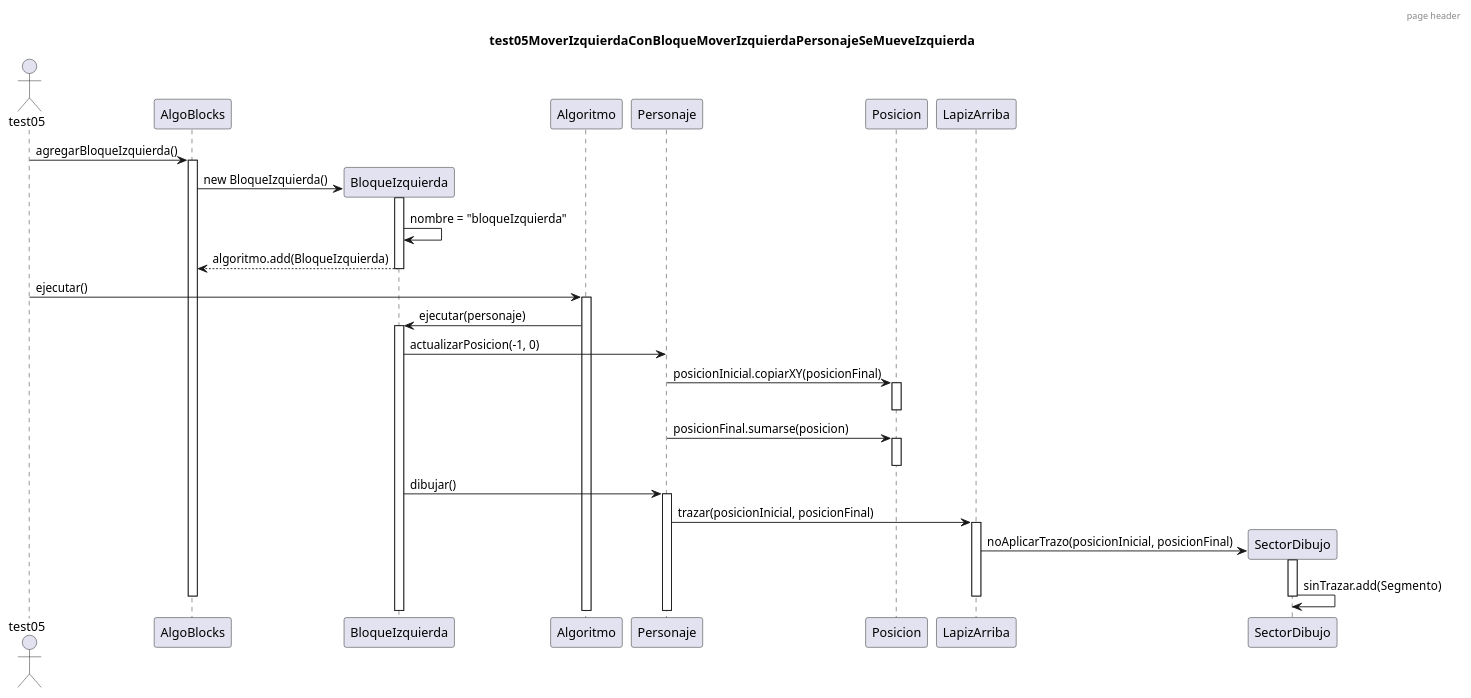
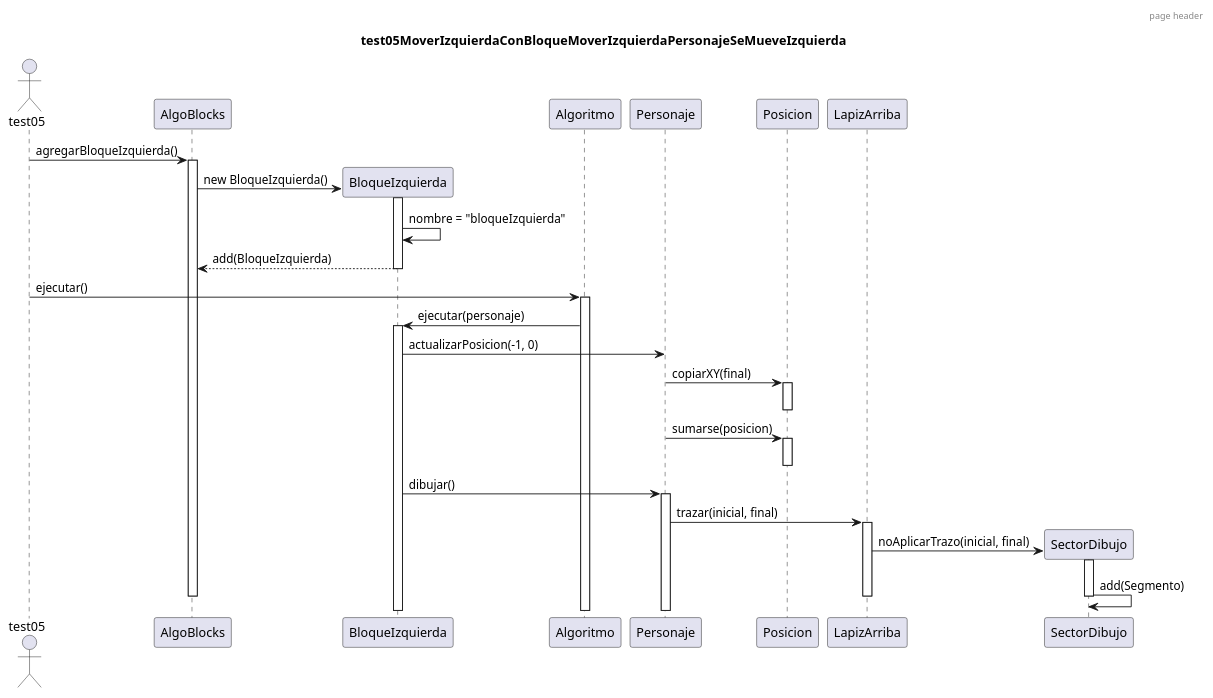
Before and after one commit to trinibucc/TP2-AlgoBlocks: the diagram in Diagramas UML/Secuencia/Movimiento simple.puml, drawn with PlantUML. The commit also changed 9 other files, not shown here.

Commit message:
Agruegue diagramas de paquetes y actualize Informe.pdf

```diff
--- a/Diagramas UML/Secuencia/Movimiento simple.puml
+++ b/Diagramas UML/Secuencia/Movimiento simple.puml
@@ -1,40 +1,40 @@
 @startuml
 
 header page header
 title test05MoverIzquierdaConBloqueMoverIzquierdaPersonajeSeMueveIzquierda
 actor test05
 
 test05 -> AlgoBlocks: agregarBloqueIzquierda()
 activate AlgoBlocks
 create BloqueIzquierda
 AlgoBlocks -> BloqueIzquierda: new BloqueIzquierda()
 activate BloqueIzquierda
 BloqueIzquierda -> BloqueIzquierda: nombre = "bloqueIzquierda"
-BloqueIzquierda --> AlgoBlocks: algoritmo.add(BloqueIzquierda)
+BloqueIzquierda --> AlgoBlocks: add(BloqueIzquierda)
 deactivate BloqueIzquierda
 test05 -> Algoritmo: ejecutar()
 activate Algoritmo
 Algoritmo -> BloqueIzquierda: ejecutar(personaje)
 activate BloqueIzquierda
 BloqueIzquierda -> Personaje: actualizarPosicion(-1, 0)
-Personaje -> Posicion: posicionInicial.copiarXY(posicionFinal)
+Personaje -> Posicion: copiarXY(final)
 activate Posicion
 deactivate Posicion
-Personaje -> Posicion: posicionFinal.sumarse(posicion)
+Personaje -> Posicion: sumarse(posicion)
 activate Posicion
 deactivate Posicion
 BloqueIzquierda -> Personaje: dibujar()
 activate Personaje
-Personaje -> LapizArriba: trazar(posicionInicial, posicionFinal)
+Personaje -> LapizArriba: trazar(inicial, final)
 activate LapizArriba
 create SectorDibujo
-LapizArriba -> SectorDibujo: noAplicarTrazo(posicionInicial, posicionFinal)
+LapizArriba -> SectorDibujo: noAplicarTrazo(inicial, final)
 activate SectorDibujo
-SectorDibujo -> SectorDibujo: sinTrazar.add(Segmento)
+SectorDibujo -> SectorDibujo: add(Segmento)
 deactivate SectorDibujo
 deactivate LapizArriba
 deactivate AlgoBlocks
 
 
 
 @enduml
```
